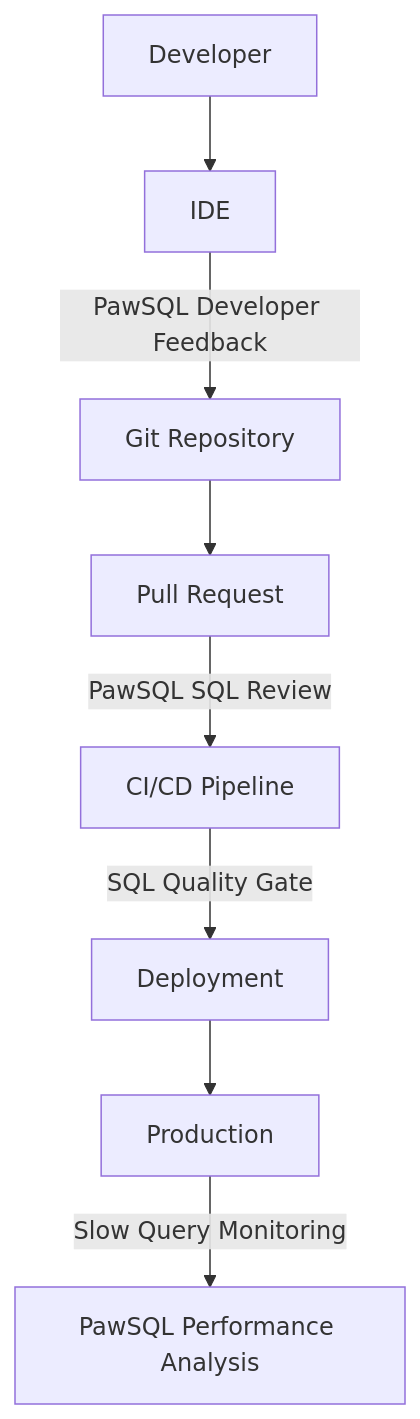
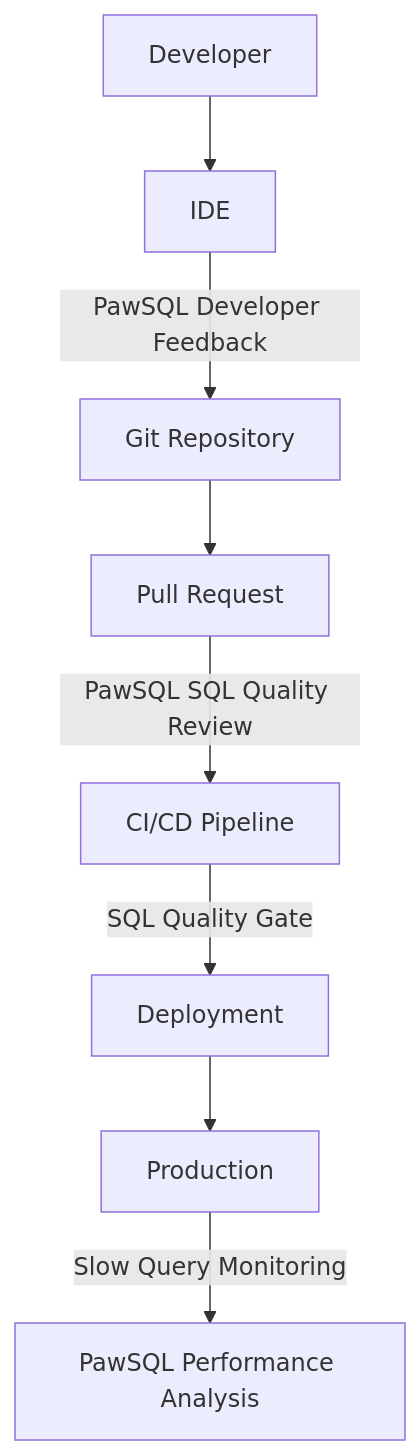
The fourth of 10 diagrams in docs/en/use-cases/sql-quality-gate-cicd.mdx (PawSQL/pawsql-docs-mantlify), drawn with Mermaid before and after one commit. The commit also changed other lines of this file and 143 other files, not shown here.

````diff
--- a/docs/en/use-cases/sql-quality-gate-cicd.mdx
+++ b/docs/en/use-cases/sql-quality-gate-cicd.mdx
@@ -443,10 +443,10 @@
 ```mermaid
 flowchart TD
     A[Developer] --> B[IDE]
     B -->|PawSQL Developer Feedback| C[Git Repository]
     C --> D[Pull Request]
-    D -->|PawSQL SQL Review| E[CI/CD Pipeline]
+    D -->|PawSQL SQL Quality Review| E[CI/CD Pipeline]
     E -->|SQL Quality Gate| F[Deployment]
     F --> G[Production]
     G -->|Slow Query Monitoring| H[PawSQL Performance Analysis]
 ```
````
